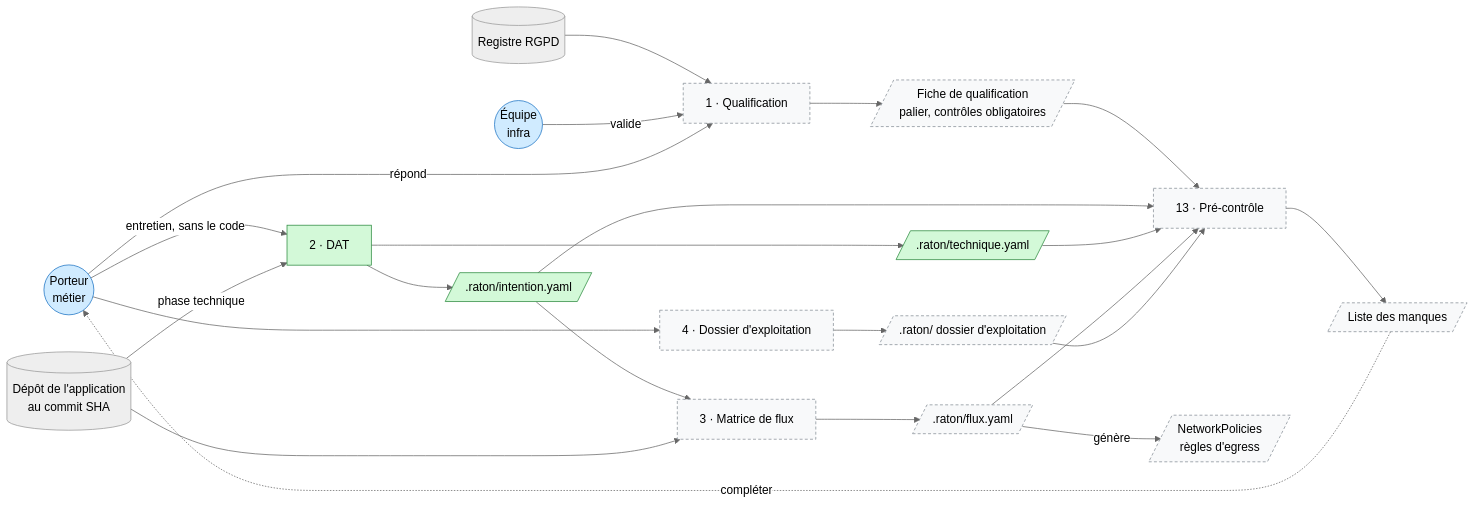
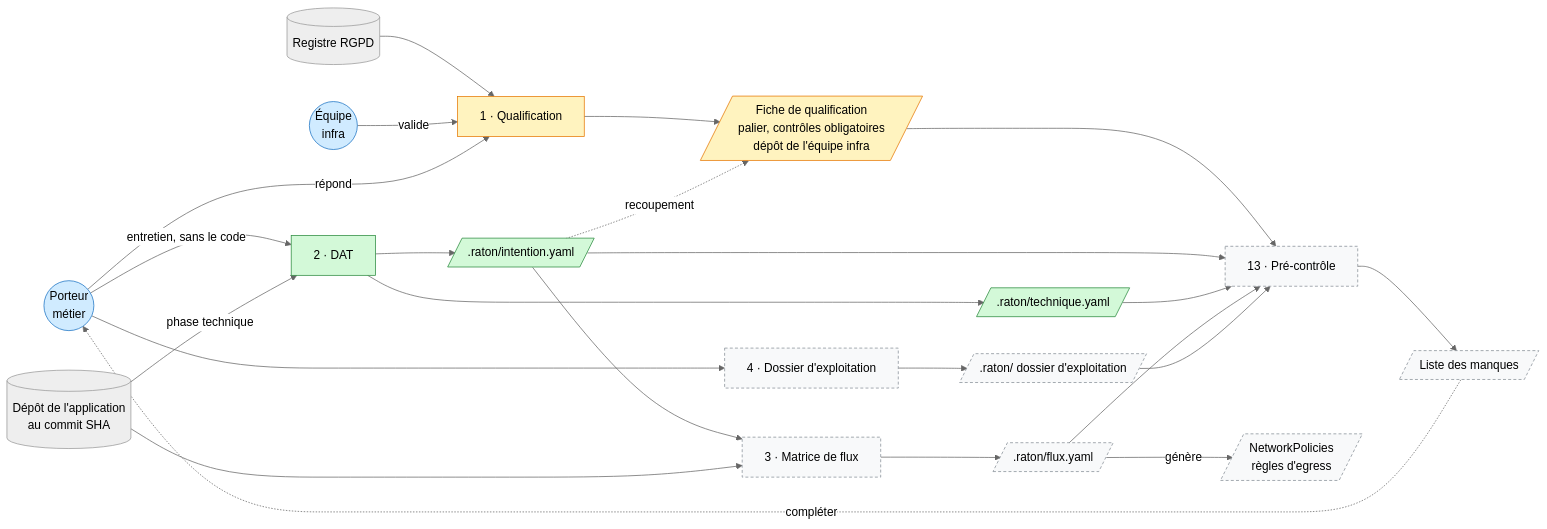
Before and after one commit to Jul0ow/Raton: the third of 5 diagrams in docs/architecture.md, drawn with Mermaid (neutral theme). The commit also changed other lines of this file and 13 other files, not shown here.

First line of the commit message:
Propose un format pour la qualification

````diff
--- a/docs/architecture.md
+++ b/docs/architecture.md
@@ -105,50 +106,53 @@
 ```mermaid
 flowchart LR
   M(("Porteur<br/>métier"))
   E(("Équipe<br/>infra"))
   RGPD[("Registre RGPD")]
   CODE[("Dépôt de l'application<br/>au commit SHA")]
 
   Q["1 · Qualification"]
   DAT["2 · DAT"]
   EXP["4 · Dossier d'exploitation"]
   MF["3 · Matrice de flux"]
   PC["13 · Pré-contrôle"]
 
-  QF[/"Fiche de qualification<br/>palier, contrôles obligatoires"/]
+  QF[/"Fiche de qualification<br/>palier, contrôles obligatoires<br/>dépôt de l'équipe infra"/]
   INT[/".raton/intention.yaml"/]
   TEC[/".raton/technique.yaml"/]
   EXF[/".raton/ dossier d'exploitation"/]
   FLX[/".raton/flux.yaml"/]
   NP[/"NetworkPolicies<br/>règles d'egress"/]
   MQ[/"Liste des manques"/]
 
   RGPD --> Q
   E -->|"valide"| Q
   M -->|"répond"| Q
   M -->|"entretien, sans le code"| DAT
   CODE -->|"phase technique"| DAT
   M --> EXP
   Q --> QF
   DAT --> INT
   DAT --> TEC
+  INT -.->|"recoupement"| QF
   EXP --> EXF
   INT --> MF
   CODE --> MF
   MF --> FLX
   FLX -->|"génère"| NP
   QF --> PC
   INT --> PC
   TEC --> PC
   FLX --> PC
   EXF --> PC
   PC --> MQ
   MQ -.->|"compléter"| M
 
   classDef humain fill:#d0ebff,stroke:#1971c2,color:#000
   classDef fait fill:#d3f9d8,stroke:#2b8a3e,color:#000
+  classDef propose fill:#fff3bf,stroke:#e67700,color:#000
   classDef afaire fill:#f8f9fa,stroke:#868e96,color:#000,stroke-dasharray:4 3
   class M,E humain
   class DAT,INT,TEC fait
-  class Q,MF,EXP,PC,QF,FLX,EXF,NP,MQ afaire
+  class Q,QF propose
+  class MF,EXP,PC,FLX,EXF,NP,MQ afaire
 ```
````
